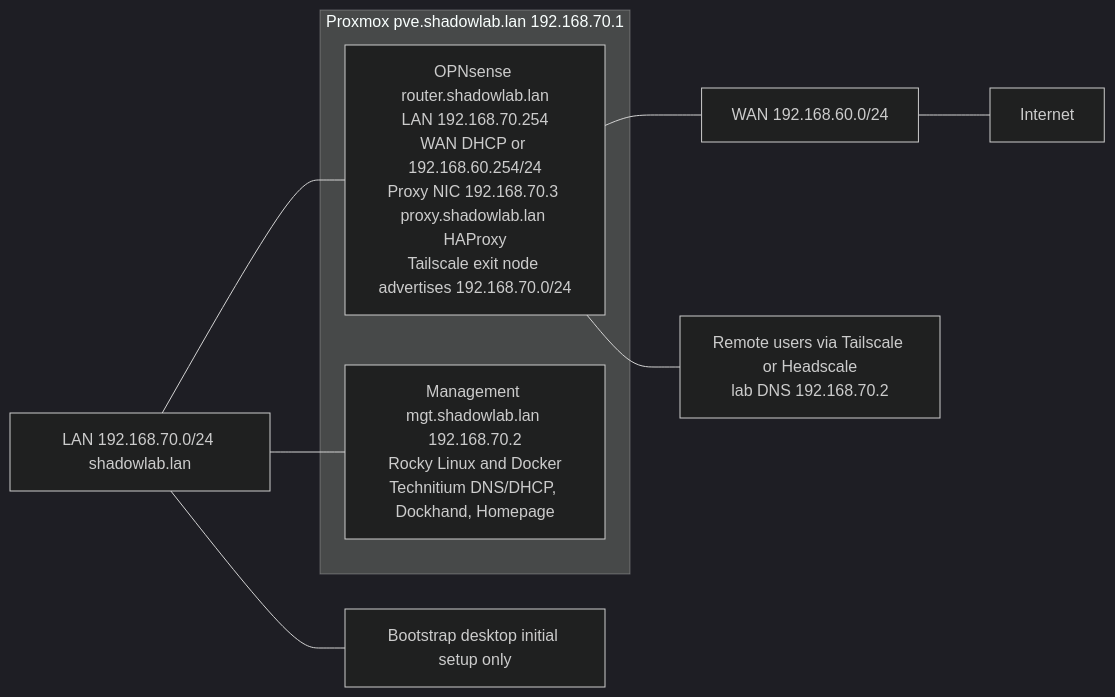
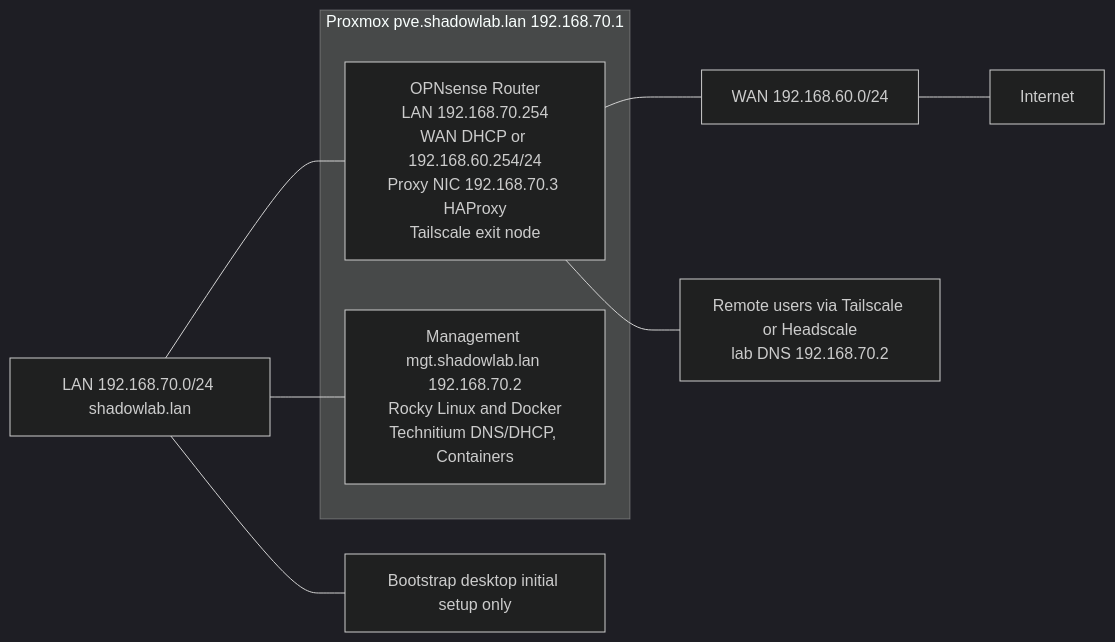
The diagram in docs/diagram.md (dirty-cache/shadowlab), drawn with Mermaid (dark theme) before and after one commit.

Commit message:
diagram update

````diff
--- a/docs/diagram.md
+++ b/docs/diagram.md
@@ -7,17 +7,17 @@
 ```mermaid
 flowchart RL
   internet[Internet]
   wan["WAN 192.168.60.0/24"]
   subgraph proxmox ["Proxmox pve.shadowlab.lan 192.168.70.1"]
-    opnsense["OPNsense router.shadowlab.lan<br/>LAN 192.168.70.254<br/>WAN DHCP or 192.168.60.254/24<br/>Proxy NIC 192.168.70.3 proxy.shadowlab.lan HAProxy<br/>Tailscale exit node advertises 192.168.70.0/24"]
-    mgt["Management mgt.shadowlab.lan 192.168.70.2<br/>Rocky Linux and Docker<br/>Technitium DNS/DHCP, Dockhand, Homepage"]
+    opnsense["OPNsense Router<br/>LAN 192.168.70.254<br/>WAN DHCP or 192.168.60.254/24<br/>Proxy NIC 192.168.70.3 HAProxy<br/>Tailscale exit node"]
+    mgt["Management mgt.shadowlab.lan 192.168.70.2<br/>Rocky Linux and Docker<br/>Technitium DNS/DHCP, Containers"]
   end
   lan["LAN 192.168.70.0/24 shadowlab.lan"]
   bootstrap[Bootstrap desktop initial setup only]
   remote["Remote users via Tailscale or Headscale<br/>lab DNS 192.168.70.2"]
   internet --- wan --- opnsense
   opnsense --- lan
   mgt --- lan
   bootstrap --- lan
   remote --- opnsense
 ```
````
